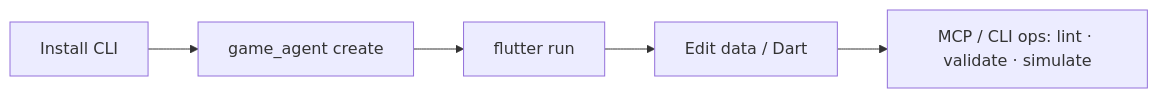
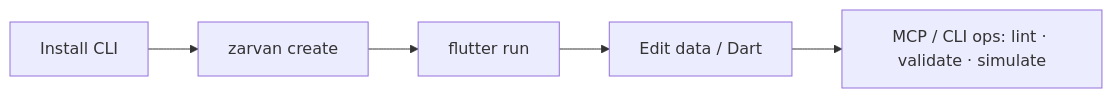
Before and after one commit to arashrasoulzadeh/agentic-game-engine: the diagram in docs/getting-started.md, drawn with Mermaid. The commit also changed other lines of this file and 2098 other files, not shown here.

````diff
--- a/docs/getting-started.md
+++ b/docs/getting-started.md
@@ -7,5 +7,5 @@
 ```mermaid
 flowchart LR
-    A[Install CLI] --> B[game_agent create] --> C[flutter run] --> D[Edit data / Dart]
+    A[Install CLI] --> B[zarvan create] --> C[flutter run] --> D[Edit data / Dart]
     D --> E[MCP / CLI ops: lint · validate · simulate]
 ```
````
